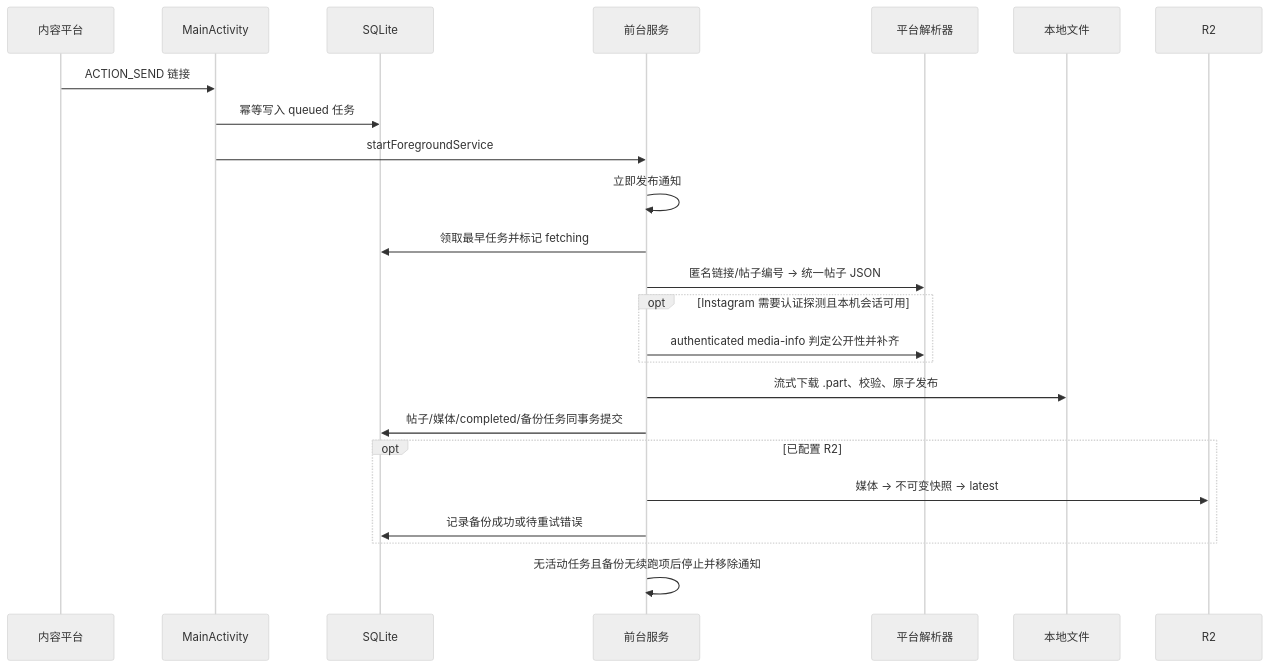
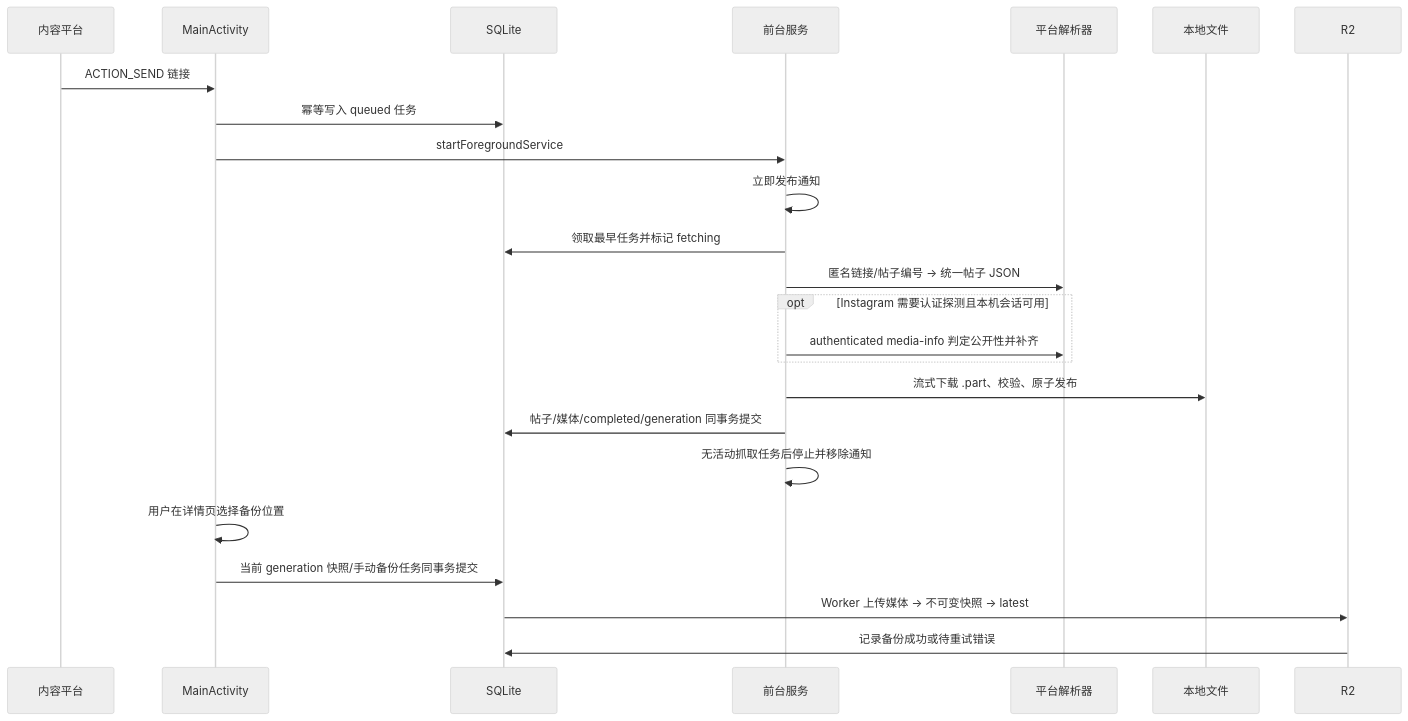
The second of 2 diagrams in docs/architecture-plan.md (arsenalxj/PhotoBook), drawn with Mermaid (neutral theme) before and after one commit. The commit also changed other lines of this file and 38 other files, not shown here.

````diff
--- a/docs/architecture-plan.md
+++ b/docs/architecture-plan.md
@@ -54,27 +54,27 @@
 ```mermaid
 sequenceDiagram
     participant I as 内容平台
     participant A as MainActivity
     participant D as SQLite
     participant S as 前台服务
     participant P as 平台解析器
     participant F as 本地文件
     participant R as R2
 
     I->>A: ACTION_SEND 链接
     A->>D: 幂等写入 queued 任务
     A->>S: startForegroundService
     S->>S: 立即发布通知
     S->>D: 领取最早任务并标记 fetching
     S->>P: 匿名链接/帖子编号 -> 统一帖子 JSON
     opt Instagram 需要认证探测且本机会话可用
         S->>P: authenticated media-info 判定公开性并补齐
     end
     S->>F: 流式下载 .part、校验、原子发布
-    S->>D: 帖子/媒体/completed/备份任务同事务提交
-    opt 已配置 R2
-        S->>R: 媒体 -> 不可变快照 -> latest
-        S->>D: 记录备份成功或待重试错误
-    end
-    S->>S: 无活动任务且备份无续跑项后停止并移除通知
+    S->>D: 帖子/媒体/completed/generation 同事务提交
+    S->>S: 无活动抓取任务后停止并移除通知
+    A->>A: 用户在详情页选择备份位置
+    A->>D: 当前 generation 快照/手动备份任务同事务提交
+    D->>R: Worker 上传媒体 -> 不可变快照 -> latest
+    R->>D: 记录备份成功或待重试错误
 ```
````
